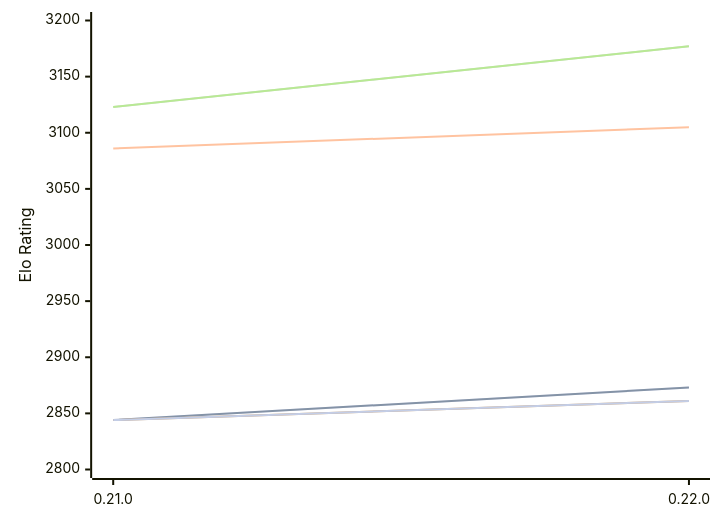
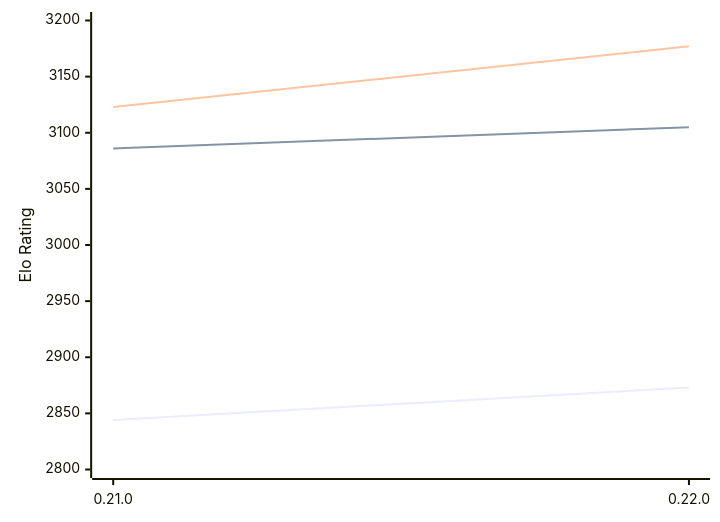
The diagram in engines/Princhess.md (computer-chess-index/cci), drawn with Mermaid before and after one commit. The commit also changed other lines of this file, not shown here.

````diff
--- a/engines/Princhess.md
+++ b/engines/Princhess.md
@@ -48,13 +48,9 @@
 ```mermaid
 %%{init: {"theme":"base","themeVariables":{"seriesColors:['#a3a3a3','#222221','#faa371']}}}%%
 xychart-beta
   x-axis ["0.21.0", "0.22.0"]
   y-axis "Elo Rating" 2800 --> 3200
-  line "" [2844, 2873]
   line "T1: STC (8.0+0.08s)" [2844, 2873]
   line "T1: LTC (60.0+0.60s)" [3086, 3105]
-  line "" [3123, 3177]
   line "T1: VLTC (2m24s+1.12s)" [3123, 3177]
-  line "" [2844,2861]
-  line "E1: STC (8.0+0.08s)" [2844,2861]
 ```
````
